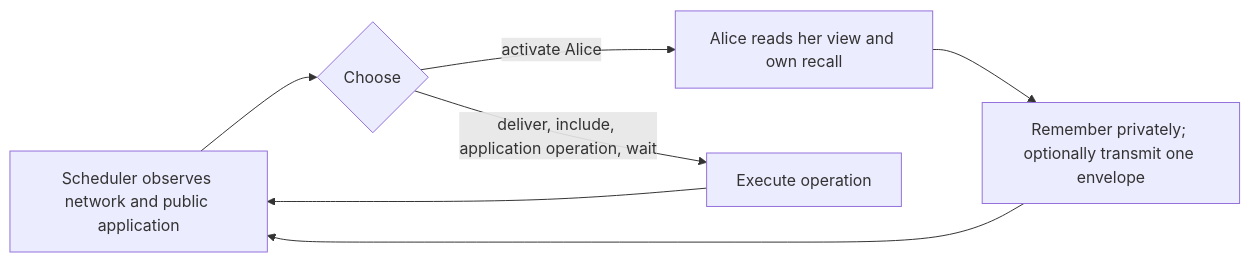
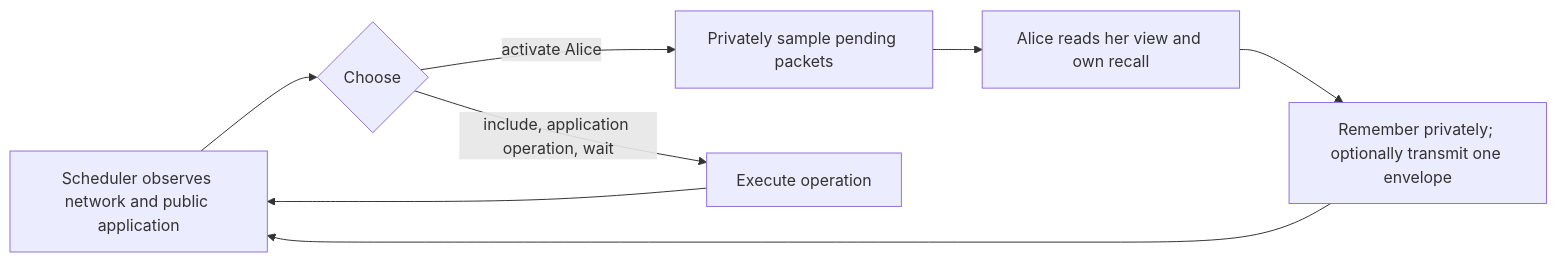
Before and after one commit to elazarg/VegasCore: the diagram in docs/network-and-compilation.md, drawn with Mermaid. The commit also changed other lines of this file and 36 other files, not shown here.

````diff
--- a/docs/network-and-compilation.md
+++ b/docs/network-and-compilation.md
@@ -19,9 +21,10 @@
 ```mermaid
 flowchart LR
   N["Scheduler observes network and public application"] --> C{"Choose"}
-  C -->|activate Alice| A["Alice reads her view and own recall"]
+  C -->|activate Alice| L["Privately sample pending packets"]
+  L --> A["Alice reads her view and own recall"]
   A --> R["Remember privately; optionally transmit one envelope"]
   R --> N
-  C -->|deliver, include, application operation, wait| E["Execute operation"]
+  C -->|include, application operation, wait| E["Execute operation"]
   E --> N
 ```
````
